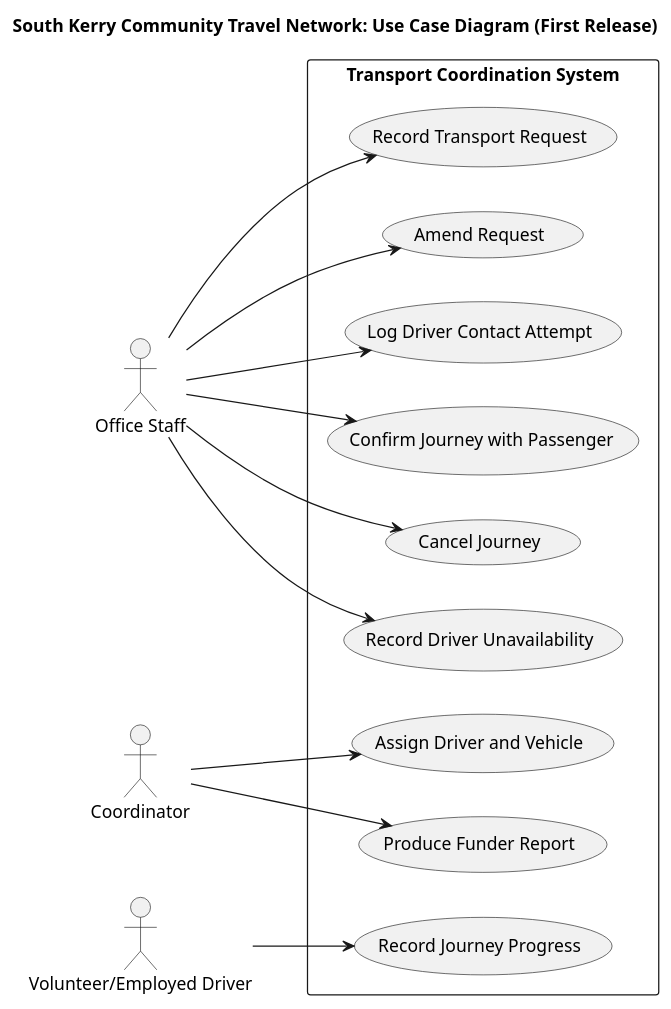
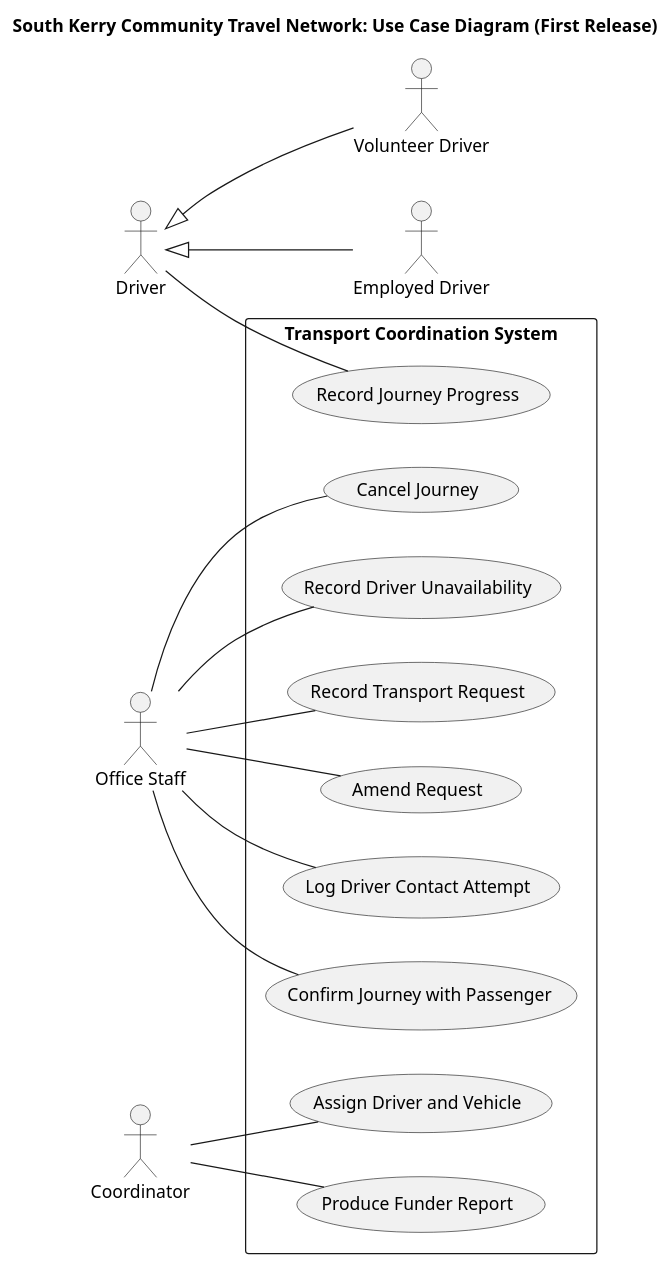
The diagram in diagrams/use-case-diagram.puml (isabellelynch/RuralHealthAppointmentTransportService), drawn with PlantUML before and after one commit. The commit also changed 4 other files, not shown here.

Commit message:
Fixed diagrams

```diff
--- a/diagrams/use-case-diagram.puml
+++ b/diagrams/use-case-diagram.puml
@@ -1,32 +1,37 @@
 @startuml use-case-diagram
 left to right direction
 
 title South Kerry Community Travel Network: Use Case Diagram (First Release)
 
 actor "Office Staff" as Staff
 actor "Coordinator" as Coord
-actor "Volunteer/Employed Driver" as Driver
+actor "Driver" as Driver
+actor "Volunteer Driver" as VDriver
+actor "Employed Driver" as EDriver
+
+VDriver -up-|> Driver
+EDriver -up-|> Driver
 
 rectangle "Transport Coordination System" {
   usecase "Record Transport Request" as UC01
   usecase "Amend Request" as UC02
   usecase "Log Driver Contact Attempt" as UC04
   usecase "Confirm Journey with Passenger" as UC05
   usecase "Cancel Journey" as UC07
   usecase "Record Driver Unavailability" as UC08
   usecase "Assign Driver and Vehicle" as UC03
   usecase "Produce Funder Report" as UC09
   usecase "Record Journey Progress" as UC06
 }
 
-Staff --> UC01
-Staff --> UC02
-Staff --> UC04
-Staff --> UC05
-Staff --> UC07
-Staff --> UC08
-Coord --> UC03
-Coord --> UC09
-Driver --> UC06
+Staff -- UC01
+Staff -- UC02
+Staff -- UC04
+Staff -- UC05
+Staff -- UC07
+Staff -- UC08
+Coord -- UC03
+Coord -- UC09
+Driver -- UC06
 
 @enduml
```
